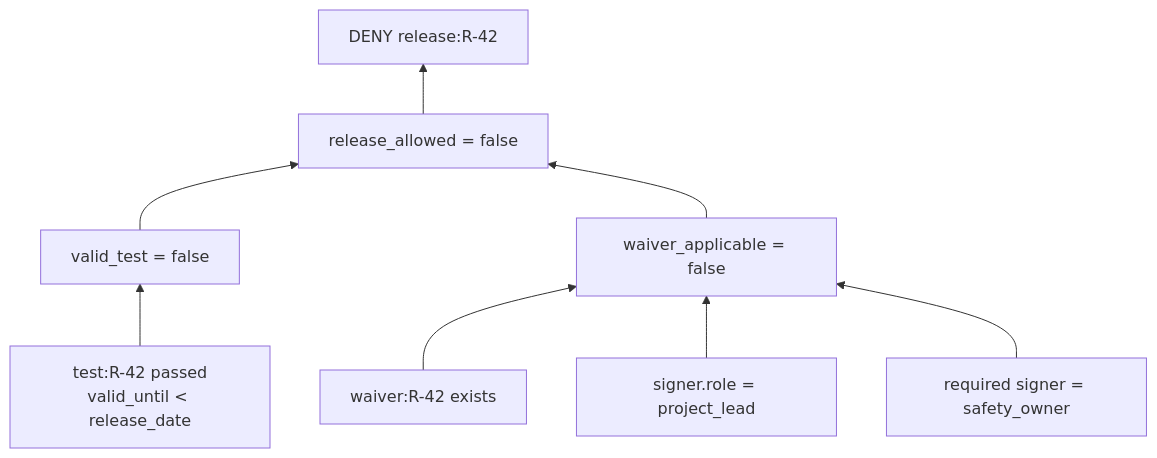
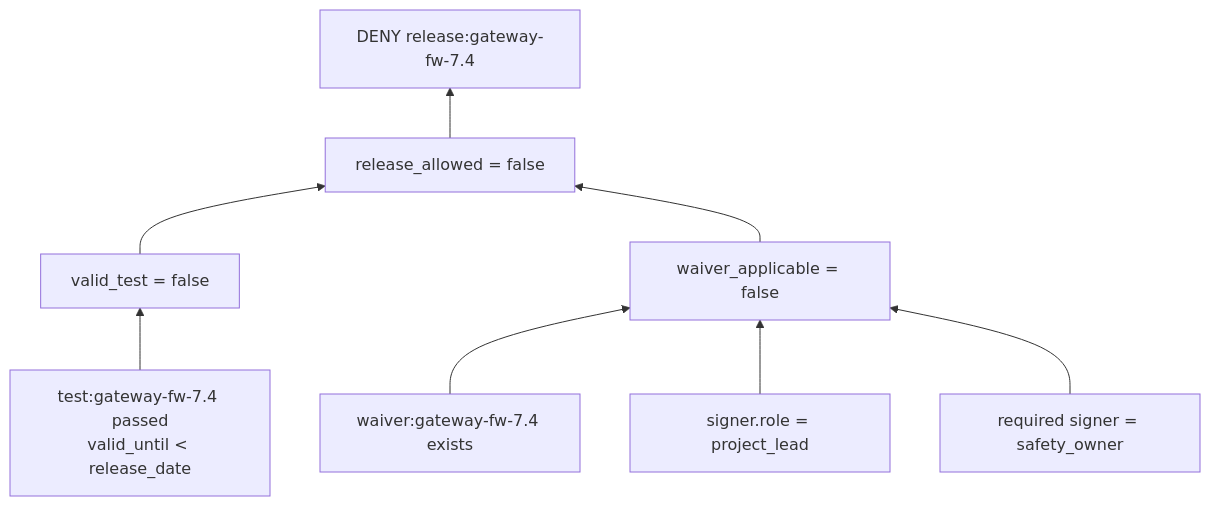
One commit to nick-fedchik/articles changed the third of 4 diagrams in ExpertSystem/16-Expert-System-Explanation-Engine-UA.md. Above: the diagram before and after it, drawn with Mermaid. The commit also changed other lines of this file, not shown here.

````diff
--- a/ExpertSystem/16-Expert-System-Explanation-Engine-UA.md
+++ b/ExpertSystem/16-Expert-System-Explanation-Engine-UA.md
@@ -154,10 +158,10 @@
 ```mermaid
 flowchart BT
-    T["test:R-42 passed\nvalid_until < release_date"] --> NT["valid_test = false"]
-    W["waiver:R-42 exists"] --> WA["waiver_applicable = false"]
+    T["test:gateway-fw-7.4 passed\nvalid_until < release_date"] --> NT["valid_test = false"]
+    W["waiver:gateway-fw-7.4 exists"] --> WA["waiver_applicable = false"]
     SG["signer.role = project_lead"] --> WA
     PR["required signer = safety_owner"] --> WA
     NT --> AL["release_allowed = false"]
     WA --> AL
-    AL --> DENY["DENY release:R-42"]
+    AL --> DENY["DENY release:gateway-fw-7.4"]
 ```
````
